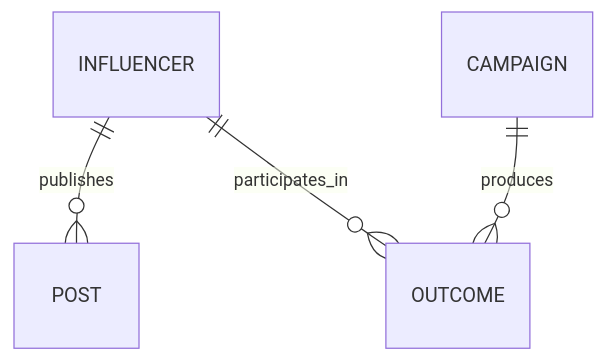
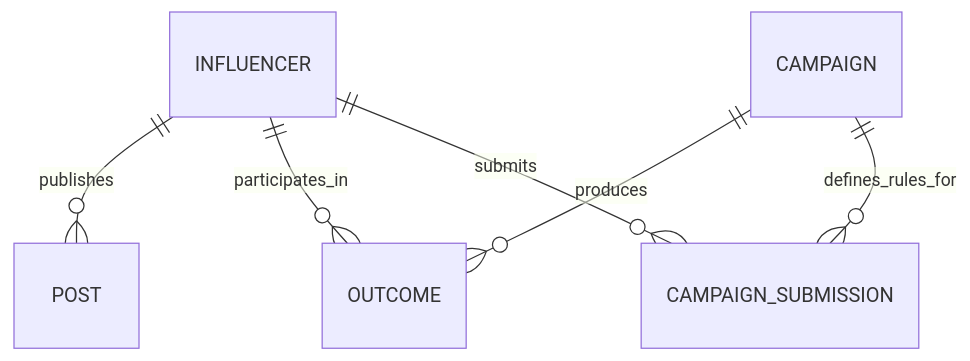
The diagram in docs/DATA_DICTIONARY.md (KaviyaVelmurugan/influencertrust-ai), drawn with Mermaid before and after one commit. The commit also changed other lines of this file and 13 other files, not shown here.

````diff
--- a/docs/DATA_DICTIONARY.md
+++ b/docs/DATA_DICTIONARY.md
@@ -15,6 +15,8 @@
 ```mermaid
 erDiagram
     INFLUENCER ||--o{ POST : publishes
     CAMPAIGN ||--o{ OUTCOME : produces
     INFLUENCER ||--o{ OUTCOME : participates_in
+    CAMPAIGN ||--o{ CAMPAIGN_SUBMISSION : defines_rules_for
+    INFLUENCER ||--o{ CAMPAIGN_SUBMISSION : submits
 ```
````
